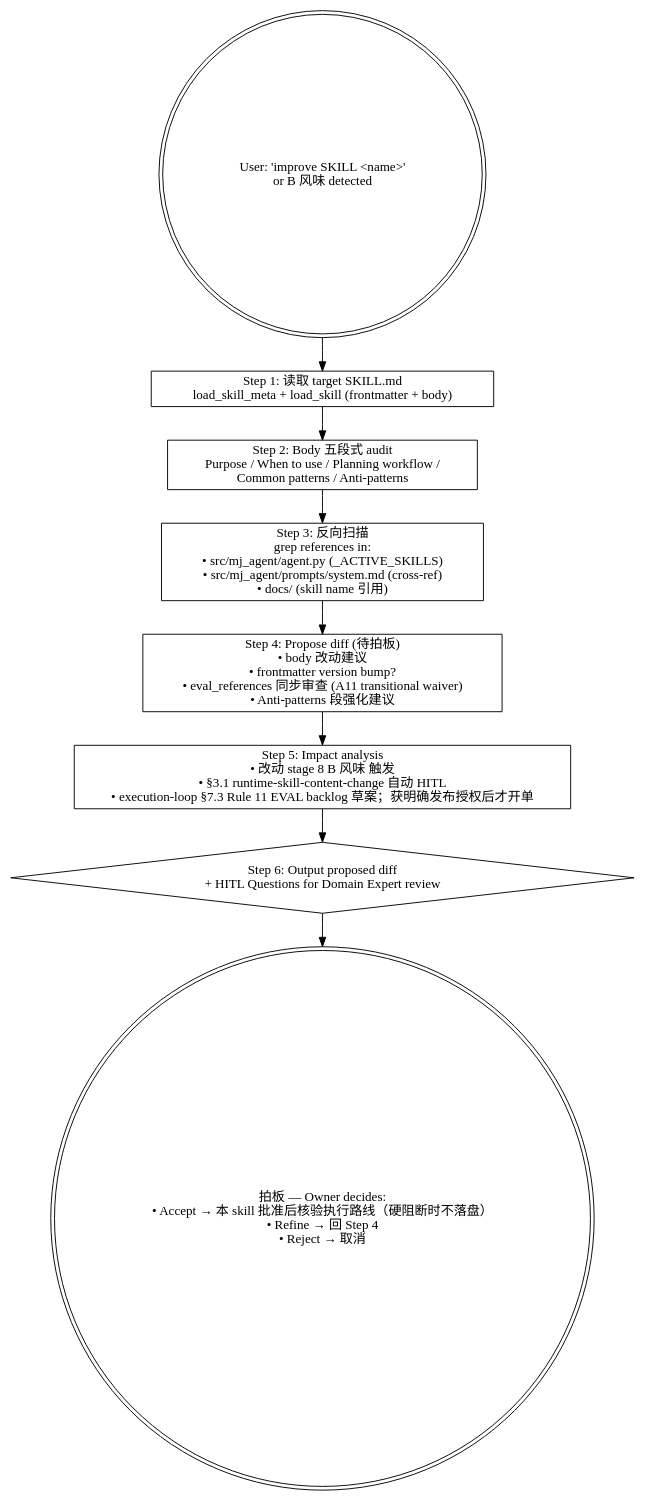
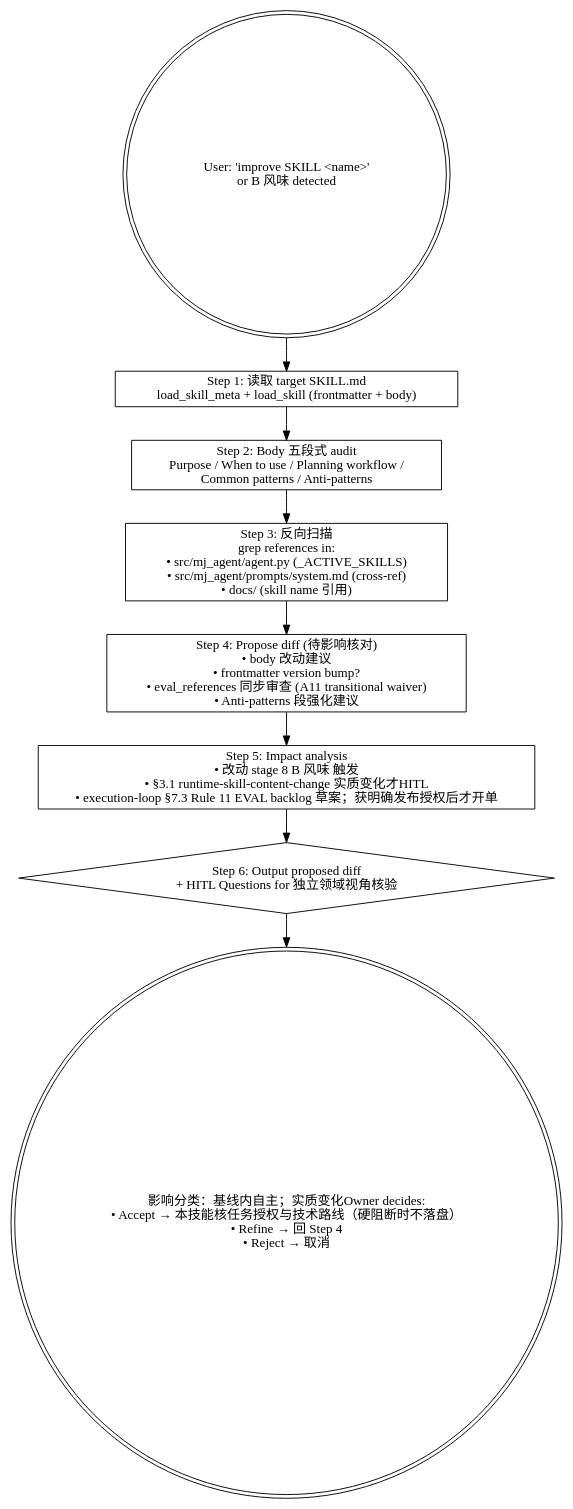
The diagram in .agents/skills/mj-agent-runtime-skill-doc-improve/SKILL.md (MJ-AgentLab/mj-agent), drawn with Graphviz before and after one commit. The commit also changed other lines of this file and 134 other files, not shown here.

````diff
--- a/.agents/skills/mj-agent-runtime-skill-doc-improve/SKILL.md
+++ b/.agents/skills/mj-agent-runtime-skill-doc-improve/SKILL.md
@@ -55,22 +56,22 @@
 ```dot
 digraph improve {
   rankdir=TB;
   start [label="User: 'improve SKILL <name>'\nor B 风味 detected" shape=doublecircle];
 
   s1 [label="Step 1: 读取 target SKILL.md\nload_skill_meta + load_skill (frontmatter + body)" shape=box];
 
   s2 [label="Step 2: Body 五段式 audit\nPurpose / When to use / Planning workflow /\nCommon patterns / Anti-patterns" shape=box];
 
   s3 [label="Step 3: 反向扫描\ngrep references in:\n• src/mj_agent/agent.py (_ACTIVE_SKILLS)\n• src/mj_agent/prompts/system.md (cross-ref)\n• docs/ (skill name 引用)" shape=box];
 
-  s4 [label="Step 4: Propose diff (待拍板)\n• body 改动建议\n• frontmatter version bump?\n• eval_references 同步审查 (A11 transitional waiver)\n• Anti-patterns 段强化建议" shape=box];
+  s4 [label="Step 4: Propose diff (待影响核对)\n• body 改动建议\n• frontmatter version bump?\n• eval_references 同步审查 (A11 transitional waiver)\n• Anti-patterns 段强化建议" shape=box];
 
-  s5 [label="Step 5: Impact analysis\n• 改动 stage 8 B 风味 触发\n• §3.1 runtime-skill-content-change 自动 HITL\n• execution-loop §7.3 Rule 11 EVAL backlog 草案；获明确发布授权后才开单" shape=box];
+  s5 [label="Step 5: Impact analysis\n• 改动 stage 8 B 风味 触发\n• §3.1 runtime-skill-content-change 实质变化才HITL\n• execution-loop §7.3 Rule 11 EVAL backlog 草案；获明确发布授权后才开单" shape=box];
 
-  s6 [label="Step 6: Output proposed diff\n+ HITL Questions for Domain Expert review" shape=diamond];
+  s6 [label="Step 6: Output proposed diff\n+ HITL Questions for 独立领域视角核验" shape=diamond];
 
-  hitl [label="拍板 — Owner decides:\n• Accept → 本 skill 批准后核验执行路线（硬阻断时不落盘）\n• Refine → 回 Step 4\n• Reject → 取消" shape=doublecircle];
+  hitl [label="影响分类：基线内自主；实质变化Owner decides:\n• Accept → 本技能核任务授权与技术路线（硬阻断时不落盘）\n• Refine → 回 Step 4\n• Reject → 取消" shape=doublecircle];
 
   start -> s1 -> s2 -> s3 -> s4 -> s5 -> s6 -> hitl;
 }
 ```
````
